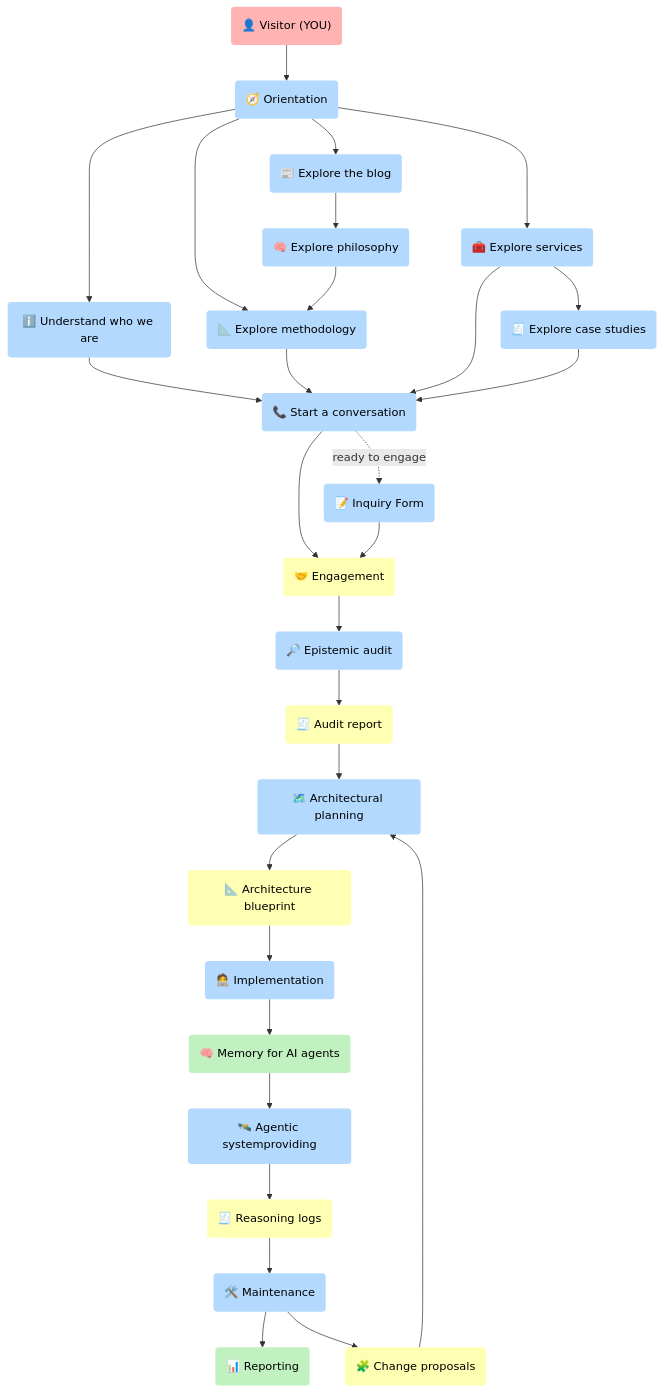
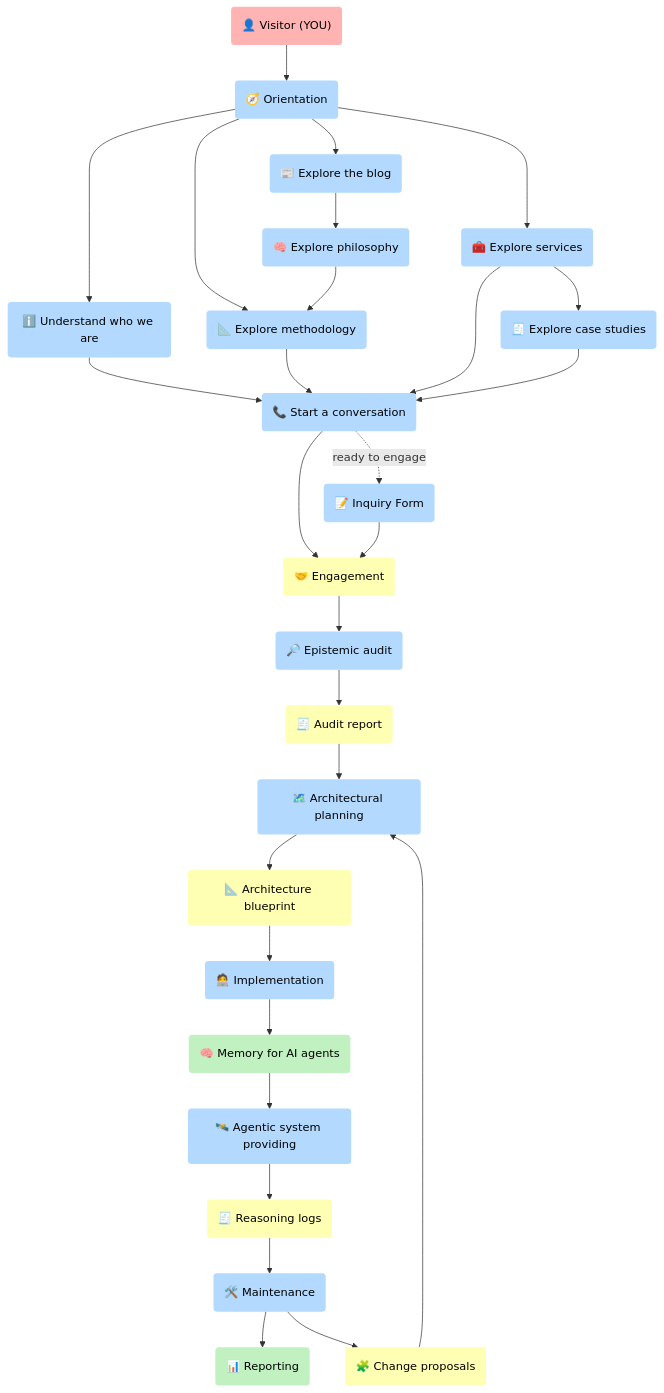
The first of 5 diagrams in docs/index.md (5Reasons/5reasons.github.io), drawn with Mermaid before and after one commit. The commit also changed other lines of this file, not shown here.

Commit message:
Fix typos in Mermaid diagram labels for improved clarity and readability

```diff
--- a/docs/index.md
+++ b/docs/index.md
@@ -82,7 +82,7 @@
 R_Blueprint("📐 Architecture blueprint"):::r
 P_Impl("🧑‍💻 Implementation"):::p
 O_Memory("🧠 Memory for AI agents"):::o
-P_Ops("🛰️ Agentic systemproviding"):::p
+P_Ops("🛰️ Agentic system providing"):::p
 R_Logs("🧾 Reasoning logs"):::r
 P_Maint("🛠️ Maintenance"):::p
 O_Reporting("📊 Reporting"):::o
```
